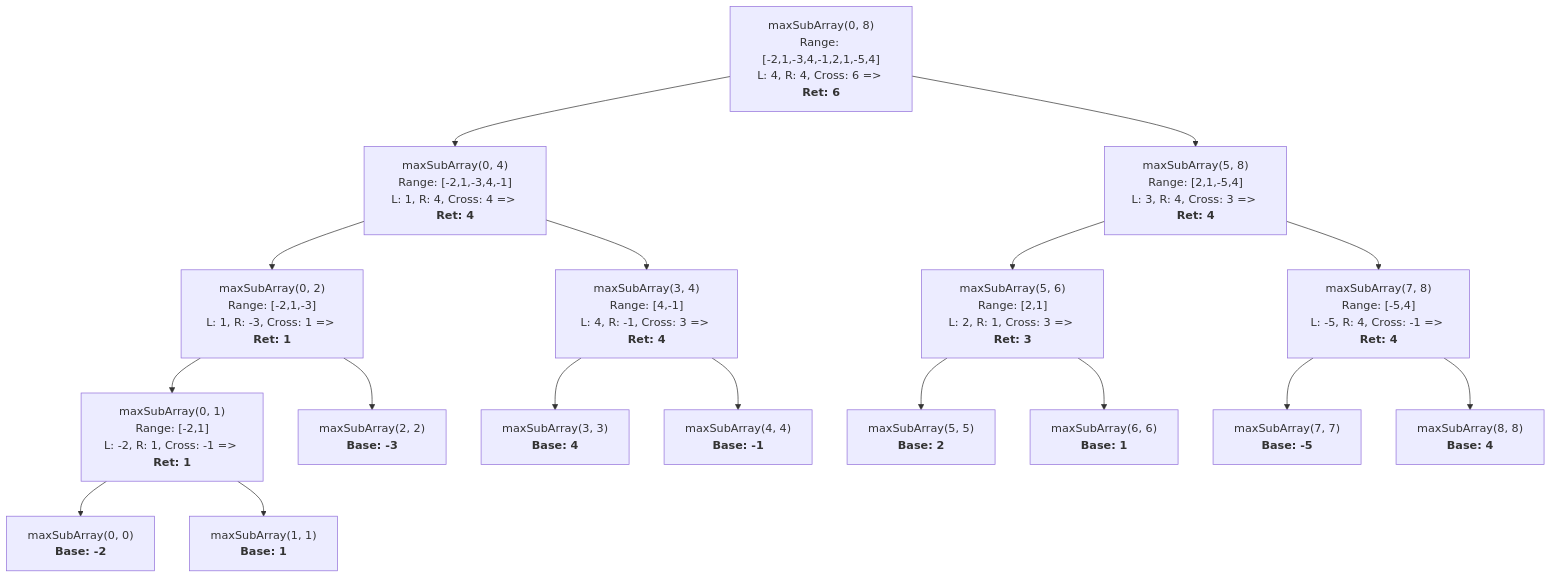
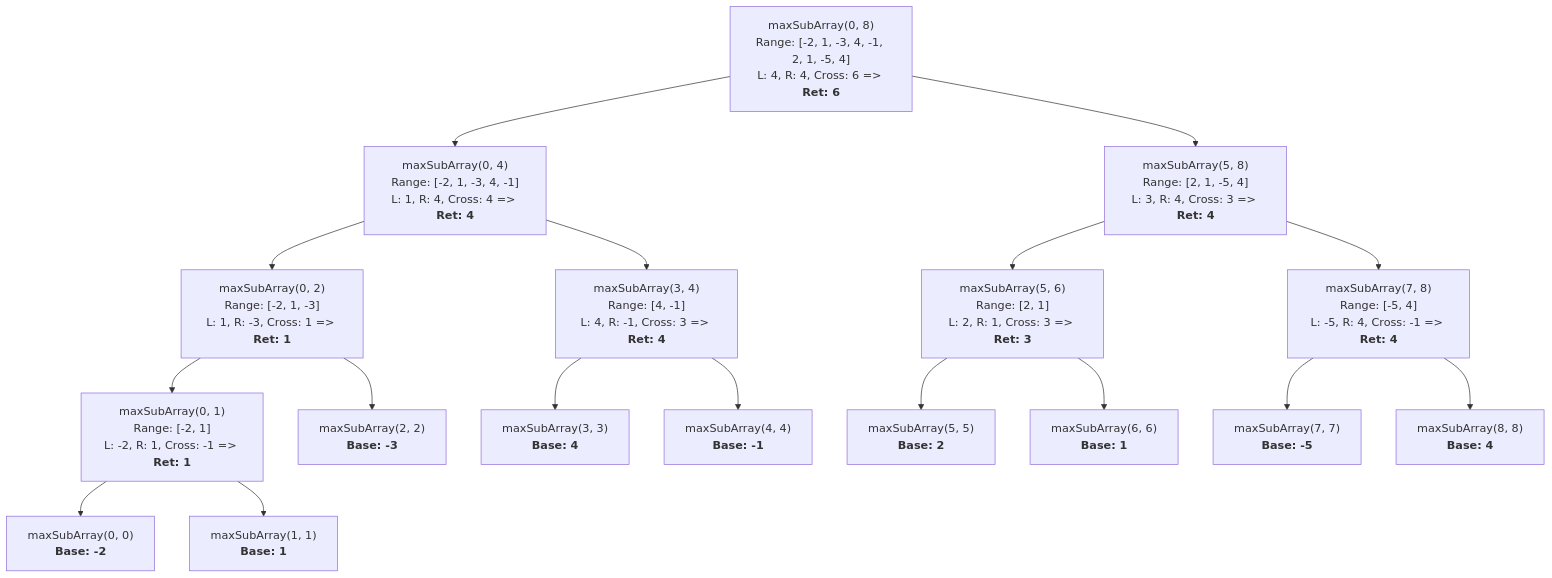
Before and after one commit to SMTEmon/2-2: the diagram in Algo/Final/Divide and Conquer - Maximum Subarray Sum Simulation.md, drawn with Mermaid. The commit also changed other lines of this file and 6 other files, not shown here.

````diff
--- a/Algo/Final/Divide and Conquer - Maximum Subarray Sum Simulation.md
+++ b/Algo/Final/Divide and Conquer - Maximum Subarray Sum Simulation.md
@@ -56,28 +59,28 @@
 ```mermaid
 graph TD
-    Root["maxSubArray(0, 8)<br>Range: [-2,1,-3,4,-1,2,1,-5,4]<br>L: 4, R: 4, Cross: 6 => <b>Ret: 6</b>"]
+    Root["maxSubArray(0, 8)<br>Range: [-2, 1, -3, 4, -1, 2, 1, -5, 4]<br>L: 4, R: 4, Cross: 6 => <b>Ret: 6</b>"]
     
-    Root --> L1["maxSubArray(0, 4)<br>Range: [-2,1,-3,4,-1]<br>L: 1, R: 4, Cross: 4 => <b>Ret: 4</b>"]
-    Root --> R1["maxSubArray(5, 8)<br>Range: [2,1,-5,4]<br>L: 3, R: 4, Cross: 3 => <b>Ret: 4</b>"]
+    Root --> L1["maxSubArray(0, 4)<br>Range: [-2, 1, -3, 4, -1]<br>L: 1, R: 4, Cross: 4 => <b>Ret: 4</b>"]
+    Root --> R1["maxSubArray(5, 8)<br>Range: [2, 1, -5, 4]<br>L: 3, R: 4, Cross: 3 => <b>Ret: 4</b>"]
     
-    L1 --> L2["maxSubArray(0, 2)<br>Range: [-2,1,-3]<br>L: 1, R: -3, Cross: 1 => <b>Ret: 1</b>"]
-    L1 --> R2["maxSubArray(3, 4)<br>Range: [4,-1]<br>L: 4, R: -1, Cross: 3 => <b>Ret: 4</b>"]
+    L1 --> L2["maxSubArray(0, 2)<br>Range: [-2, 1, -3]<br>L: 1, R: -3, Cross: 1 => <b>Ret: 1</b>"]
+    L1 --> R2["maxSubArray(3, 4)<br>Range: [4, -1]<br>L: 4, R: -1, Cross: 3 => <b>Ret: 4</b>"]
     
-    L2 --> L3["maxSubArray(0, 1)<br>Range: [-2,1]<br>L: -2, R: 1, Cross: -1 => <b>Ret: 1</b>"]
+    L2 --> L3["maxSubArray(0, 1)<br>Range: [-2, 1]<br>L: -2, R: 1, Cross: -1 => <b>Ret: 1</b>"]
     L2 --> R3["maxSubArray(2, 2)<br><b>Base: -3</b>"]
     
     L3 --> L4["maxSubArray(0, 0)<br><b>Base: -2</b>"]
     L3 --> R4["maxSubArray(1, 1)<br><b>Base: 1</b>"]
     
     R2 --> L5["maxSubArray(3, 3)<br><b>Base: 4</b>"]
     R2 --> R5["maxSubArray(4, 4)<br><b>Base: -1</b>"]
     
-    R1 --> L6["maxSubArray(5, 6)<br>Range: [2,1]<br>L: 2, R: 1, Cross: 3 => <b>Ret: 3</b>"]
-    R1 --> R6["maxSubArray(7, 8)<br>Range: [-5,4]<br>L: -5, R: 4, Cross: -1 => <b>Ret: 4</b>"]
+    R1 --> L6["maxSubArray(5, 6)<br>Range: [2, 1]<br>L: 2, R: 1, Cross: 3 => <b>Ret: 3</b>"]
+    R1 --> R6["maxSubArray(7, 8)<br>Range: [-5, 4]<br>L: -5, R: 4, Cross: -1 => <b>Ret: 4</b>"]
     
     L6 --> L7["maxSubArray(5, 5)<br><b>Base: 2</b>"]
     L6 --> R7["maxSubArray(6, 6)<br><b>Base: 1</b>"]
     
     R6 --> L8["maxSubArray(7, 7)<br><b>Base: -5</b>"]
     R6 --> R8["maxSubArray(8, 8)<br><b>Base: 4</b>"]
 ```
````
